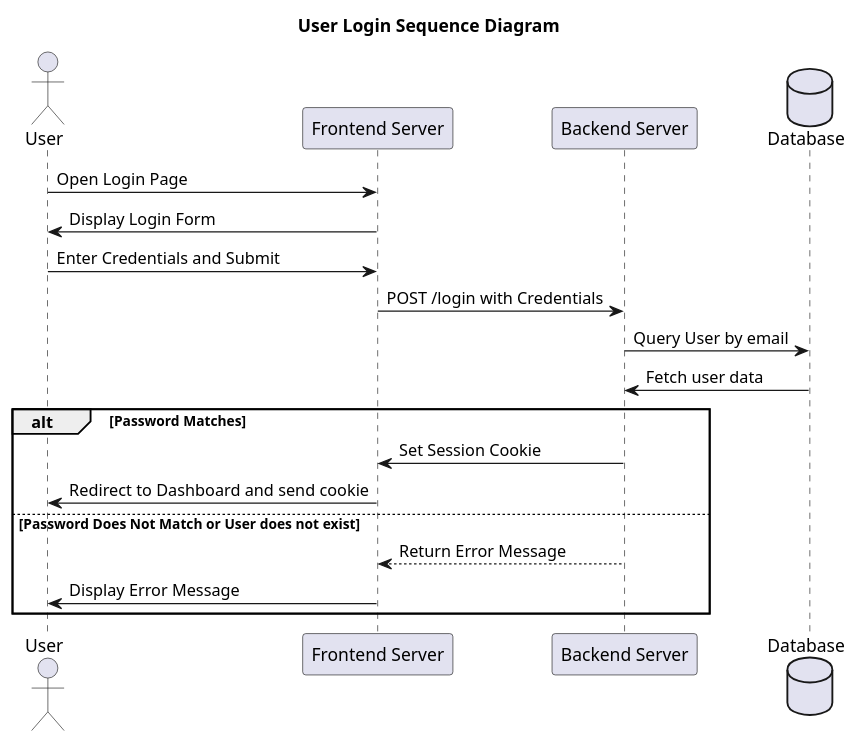
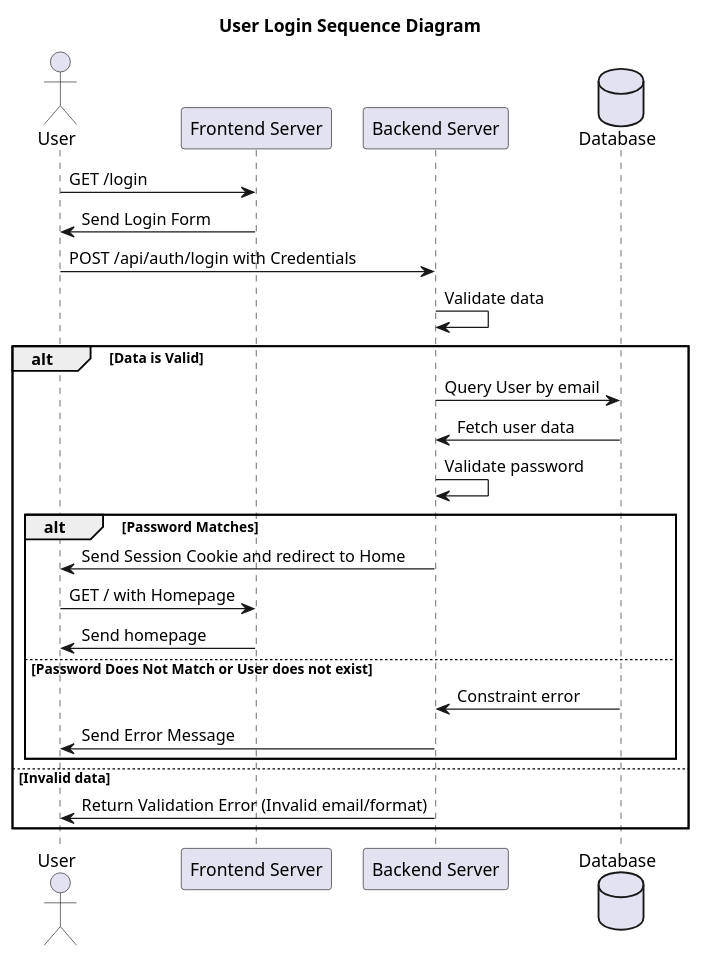
Before and after one commit to mwegrzak/let-me-cook: the diagram in login-flowchart.plantuml, drawn with PlantUML. The commit also changed 3 other files, not shown here.

Commit message:
Adjusted uml diagrams

```diff
--- a/login-flowchart.plantuml
+++ b/login-flowchart.plantuml
@@ -1,27 +1,30 @@
 @startuml
 title User Login Sequence Diagram
 
 actor User
-participant "Frontend Server" as WB
-participant "Backend Server" as BS
+participant "Frontend Server" as frontend
+participant "Backend Server" as backend
 database "Database" as DB
 
-User -> WB: Open Login Page
-WB -> User: Display Login Form
-User -> WB: Enter Credentials and Submit
-WB -> BS: POST /login with Credentials
+User -> frontend: GET /login
+frontend -> User: Send Login Form
+User -> backend: POST /api/auth/login with Credentials
 
-BS -> DB: Query User by email
-DB -> BS: Fetch user data
+backend -> backend: Validate data
+alt Data is Valid
+    backend -> DB: Query User by email
+    DB -> backend: Fetch user data
+    backend -> backend: Validate password
+alt Password Matches
+    backend -> User: Send Session Cookie and redirect to Home
+    User -> frontend: GET / with Homepage
+    frontend -> User: Send homepage
+    else Password Does Not Match or User does not exist
+        DB -> backend: Constraint error
+        backend -> User: Send Error Message
+end
+    else Invalid data 
+       backend -> User: Return Validation Error (Invalid email/format)
+end
 
-
-alt Password Matches
-    BS -> WB: Set Session Cookie
-    WB -> User: Redirect to Dashboard and send cookie
-
-else Password Does Not Match or User does not exist
-    BS --> WB: Return Error Message
-    WB -> User: Display Error Message
-
-end
 @enduml
```
